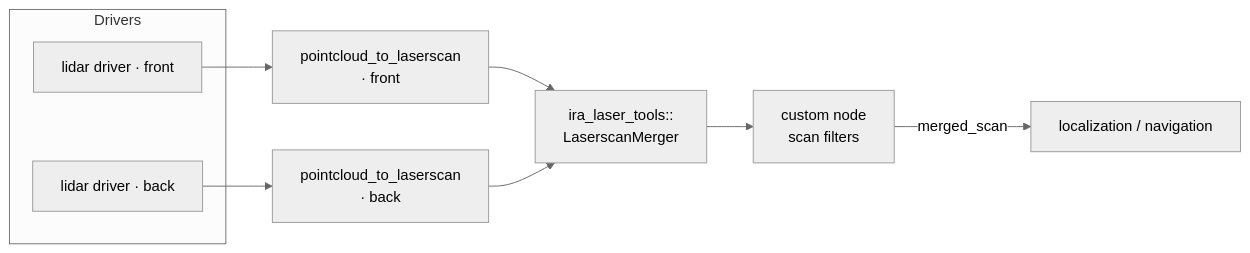
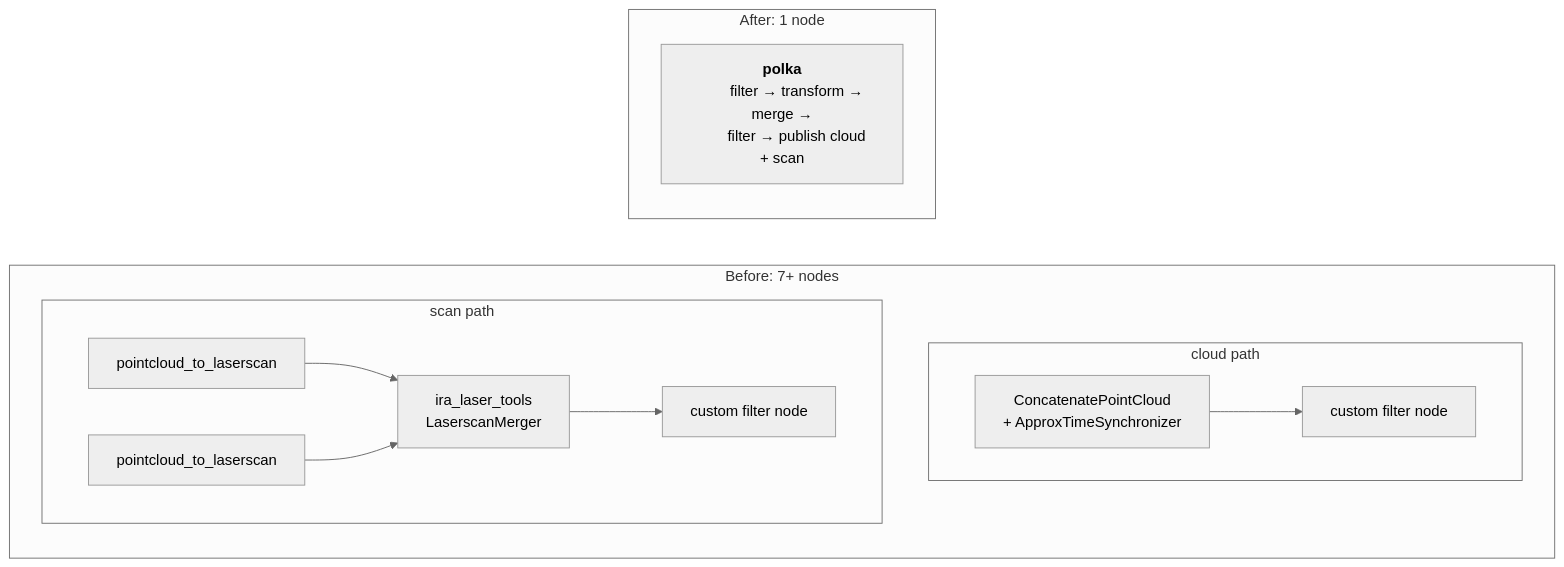
The second of 2 diagrams in README.md (Pana1v/polka), drawn with Mermaid (neutral theme) before and after one commit. The commit also changed other lines of this file, not shown here.

````diff
--- a/README.md
+++ b/README.md
@@ -157,19 +83,22 @@
 ```mermaid
 graph LR
-    subgraph Drivers
-        D1[lidar driver · front]
-        D2[lidar driver · back]
+    subgraph "Before: 7+ nodes"
+        direction TB
+
+        subgraph "cloud path"
+            CC[ConcatenatePointCloud\n+ ApproxTimeSynchronizer] --> CF[custom filter node]
+        end
+
+        subgraph "scan path"
+            P2L1[pointcloud_to_laserscan] --> IRA[ira_laser_tools\nLaserscanMerger]
+            P2L2[pointcloud_to_laserscan] --> IRA
+            IRA --> SF[custom filter node]
+        end
     end
 
-    P2L1[pointcloud_to_laserscan<br/>· front]
-    P2L2[pointcloud_to_laserscan<br/>· back]
-    IRA[ira_laser_tools::<br/>LaserscanMerger]
-    SF[custom node<br/>scan filters]
-    NAV[localization / navigation]
-
-    D1 --> P2L1
-    D2 --> P2L2
-    P2L1 --> IRA
-    P2L2 --> IRA
-    IRA --> SF -->|merged_scan| NAV
+    subgraph "After: 1 node"
+        POLKA["<strong>polka</strong>
+        filter → transform → merge →
+        filter → publish cloud + scan"]
+    end
 ```
````
